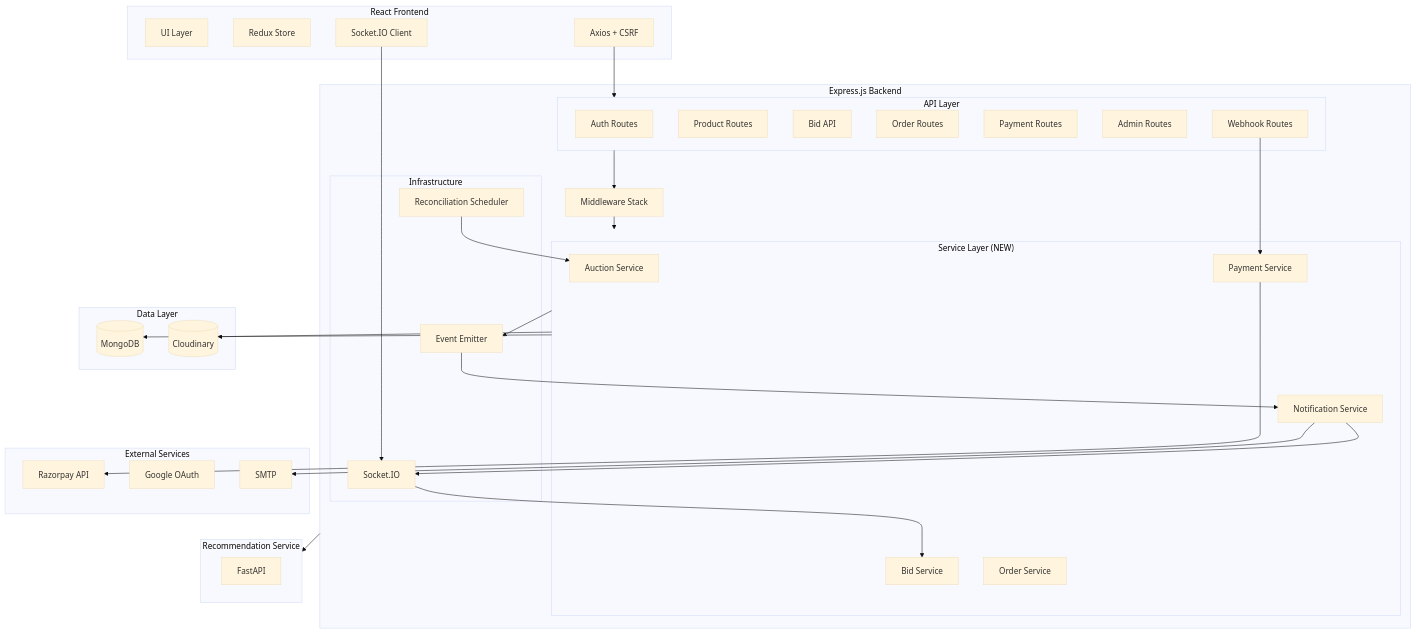
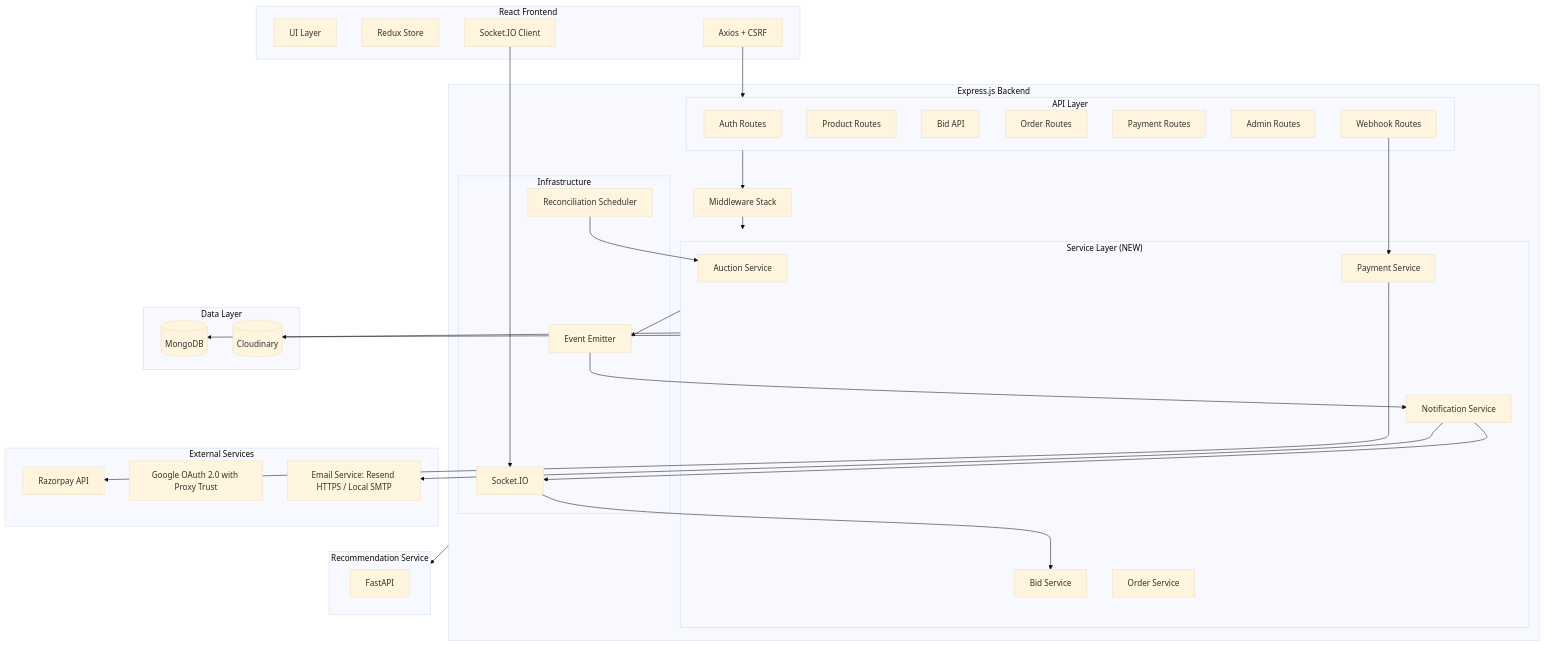
The second of 6 diagrams in docs/architecture/high-level-design.md (OmSardar/AuctionX-Enhanced-Live-AI-Auction-Platform), drawn with Mermaid (base theme) before and after one commit. The commit also changed other lines of this file and 29 other files, not shown here.

First line of the commit message:
feat(email,oauth,docs): production Resend dual-provider delivery, OAuth proxy fix & doc sync

````diff
--- a/docs/architecture/high-level-design.md
+++ b/docs/architecture/high-level-design.md
@@ -163,67 +163,67 @@
 ```mermaid
 graph TB
     subgraph Client["React Frontend"]
         UI[UI Layer]
         Redux[Redux Store]
         SocketClient[Socket.IO Client]
         HTTPClient[Axios + CSRF]
     end
 
     subgraph Server["Express.js Backend"]
         subgraph API["API Layer"]
             AuthRoutes[Auth Routes]
             ProductRoutes[Product Routes]
             BidRoutes[Bid API]
             OrderRoutes[Order Routes]
             PaymentRoutes[Payment Routes]
             AdminRoutes[Admin Routes]
             WebhookRoutes[Webhook Routes]
         end
 
         subgraph Service["Service Layer (NEW)"]
             AuctionService[Auction Service]
             BidService[Bid Service]
             PaymentService[Payment Service]
             OrderService[Order Service]
             NotificationService[Notification Service]
         end
 
         subgraph Infra["Infrastructure"]
             SocketServer[Socket.IO]
             Scheduler[Reconciliation Scheduler]
             EventBus[Event Emitter]
         end
 
         Middleware[Middleware Stack]
     end
 
     subgraph Data["Data Layer"]
         MongoDB[(MongoDB)]
         Cloudinary[(Cloudinary)]
     end
 
     subgraph External["External Services"]
         Razorpay[Razorpay API]
-        Google[Google OAuth]
-        SMTP[SMTP]
+        Google[Google OAuth 2.0 with Proxy Trust]
+        EmailGateway[Email Service: Resend HTTPS / Local SMTP]
     end
 
     subgraph RecSvc["Recommendation Service"]
         FastAPI[FastAPI]
     end
 
     HTTPClient --> API
     SocketClient --> SocketServer
     API --> Middleware --> Service
     SocketServer --> BidService
     Service --> MongoDB
     Service --> Cloudinary
     Service --> EventBus
     EventBus --> NotificationService
     NotificationService --> SocketServer
-    NotificationService --> SMTP
+    NotificationService --> EmailGateway
     Scheduler --> AuctionService
     PaymentService --> Razorpay
     WebhookRoutes --> PaymentService
     Server --> RecSvc
 ```
````
